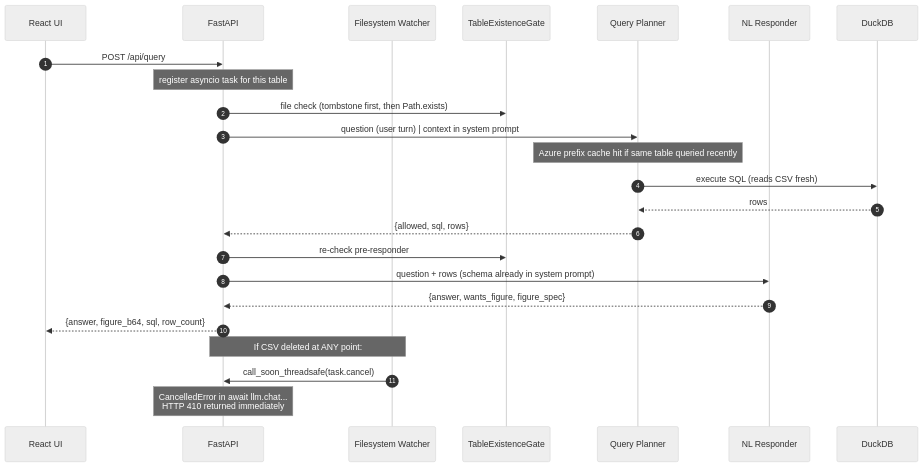
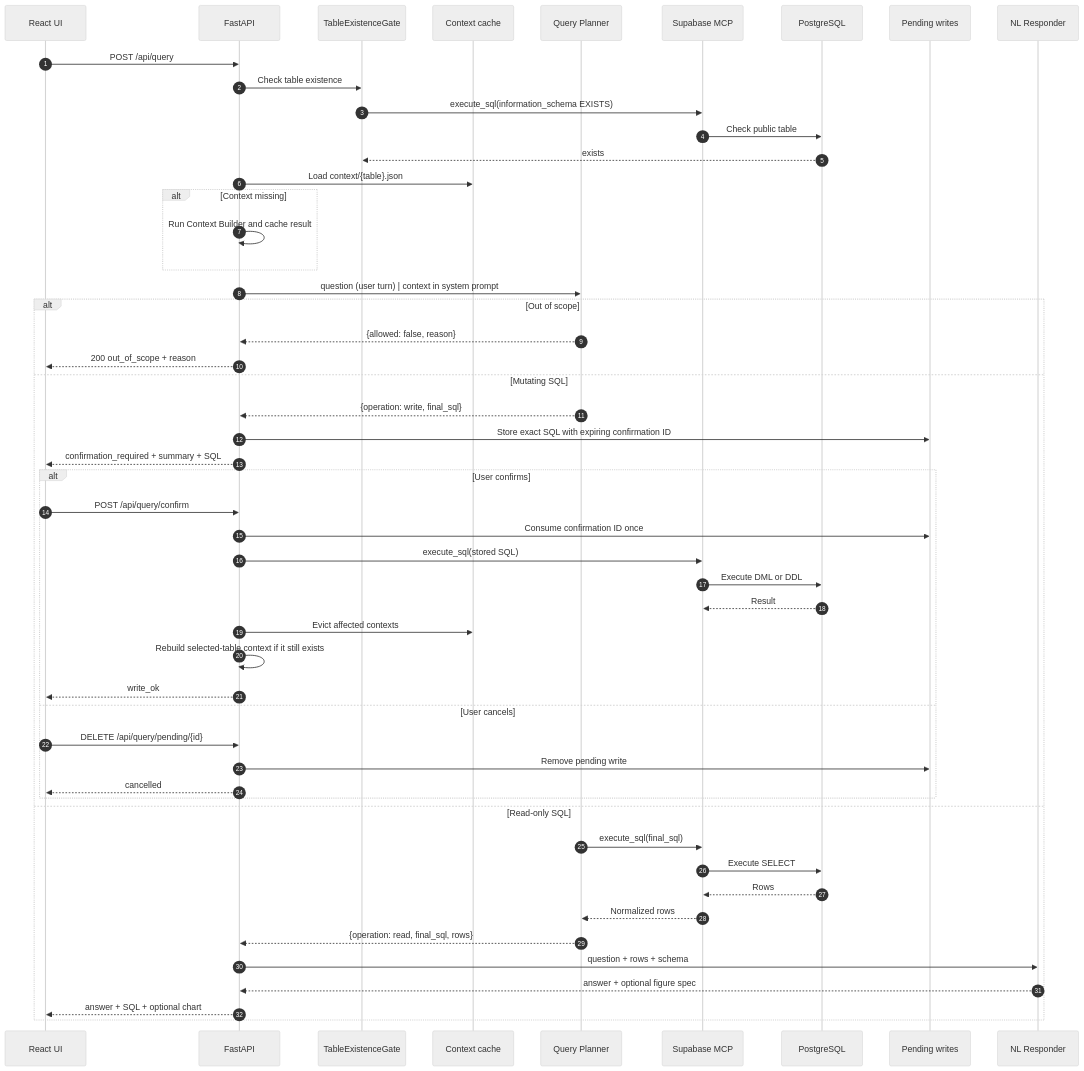
Before and after one commit to devangsharma-igna/csv-agent: the fourth of 5 diagrams in README.md, drawn with Mermaid (neutral theme). The commit also changed other lines of this file, not shown here.

Commit message:
diagram synched to application

````diff
--- a/README.md
+++ b/README.md
@@ -139,28 +153,55 @@
 ```mermaid
 sequenceDiagram
     autonumber
     participant FE as React UI
     participant BE as FastAPI
-    participant W as Filesystem Watcher
     participant G as TableExistenceGate
+    participant CS as Context cache
     participant QP as Query Planner
+    participant MCP as Supabase MCP
+    participant PG as PostgreSQL
+    participant PW as Pending writes
     participant R as NL Responder
-    participant DDB as DuckDB
 
     FE->>BE: POST /api/query
-    Note over BE: register asyncio task for this table
-    BE->>G: file check (tombstone first, then Path.exists)
+    BE->>G: Check table existence
+    G->>MCP: execute_sql(information_schema EXISTS)
+    MCP->>PG: Check public table
+    PG-->>G: exists
+    BE->>CS: Load context/{table}.json
+    alt Context missing
+        BE->>BE: Run Context Builder and cache result
+    end
     BE->>QP: question (user turn) | context in system prompt
-    Note over QP: Azure prefix cache hit if same table queried recently
-    QP->>DDB: execute SQL (reads CSV fresh)
-    DDB-->>QP: rows
-    QP-->>BE: {allowed, sql, rows}
-    BE->>G: re-check pre-responder
-    BE->>R: question + rows (schema already in system prompt)
-    R-->>BE: {answer, wants_figure, figure_spec}
-    BE-->>FE: {answer, figure_b64, sql, row_count}
-
-    Note over W,BE: If CSV deleted at ANY point:
-    W->>BE: call_soon_threadsafe(task.cancel)
-    Note over BE: CancelledError in await llm.chat...<br/>HTTP 410 returned immediately
+    alt Out of scope
+        QP-->>BE: {allowed: false, reason}
+        BE-->>FE: 200 out_of_scope + reason
+    else Mutating SQL
+        QP-->>BE: {operation: write, final_sql}
+        BE->>PW: Store exact SQL with expiring confirmation ID
+        BE-->>FE: confirmation_required + summary + SQL
+        alt User confirms
+            FE->>BE: POST /api/query/confirm
+            BE->>PW: Consume confirmation ID once
+            BE->>MCP: execute_sql(stored SQL)
+            MCP->>PG: Execute DML or DDL
+            PG-->>MCP: Result
+            BE->>CS: Evict affected contexts
+            BE->>BE: Rebuild selected-table context if it still exists
+            BE-->>FE: write_ok
+        else User cancels
+            FE->>BE: DELETE /api/query/pending/{id}
+            BE->>PW: Remove pending write
+            BE-->>FE: cancelled
+        end
+    else Read-only SQL
+        QP->>MCP: execute_sql(final_sql)
+        MCP->>PG: Execute SELECT
+        PG-->>MCP: Rows
+        MCP-->>QP: Normalized rows
+        QP-->>BE: {operation: read, final_sql, rows}
+        BE->>R: question + rows + schema
+        R-->>BE: answer + optional figure spec
+        BE-->>FE: answer + SQL + optional chart
+    end
 ```
````
